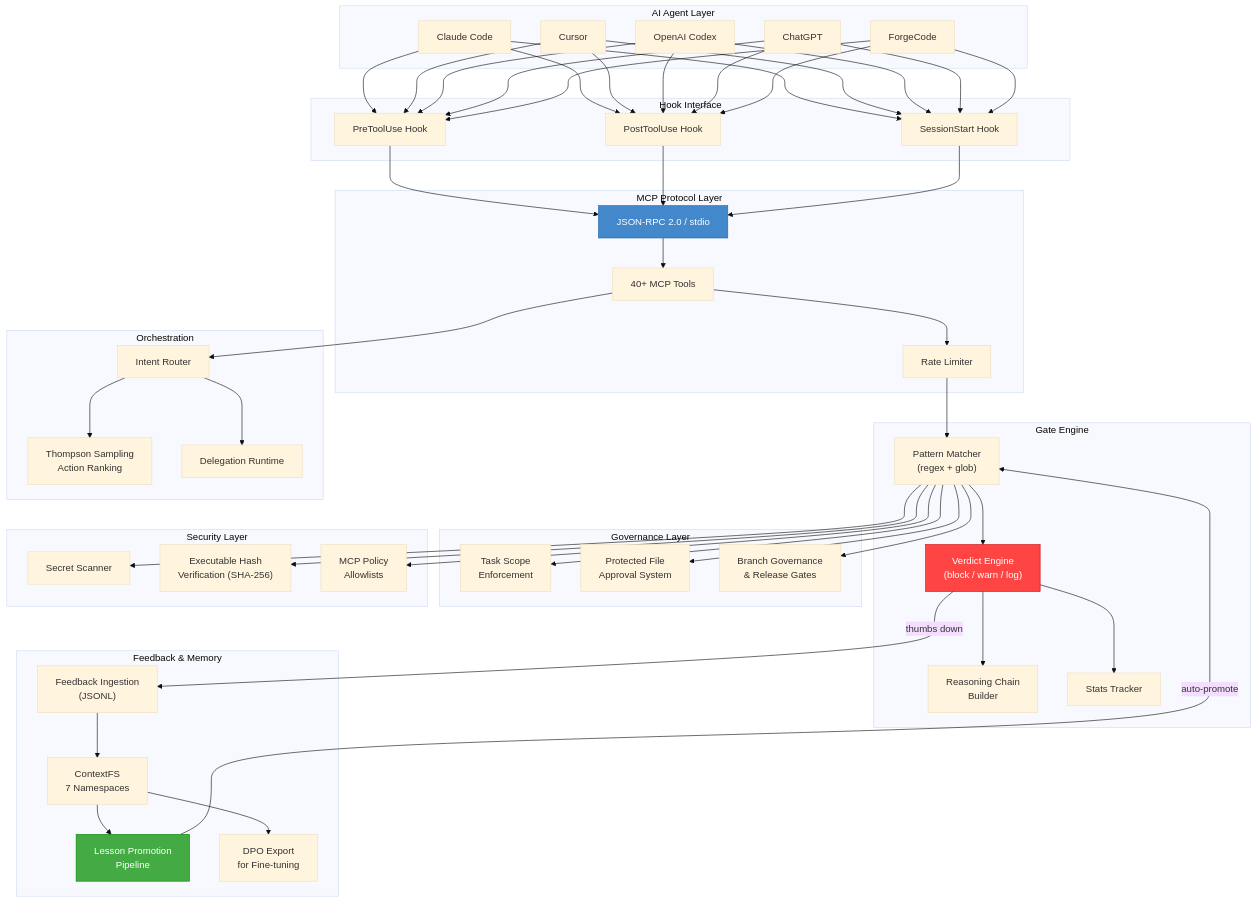
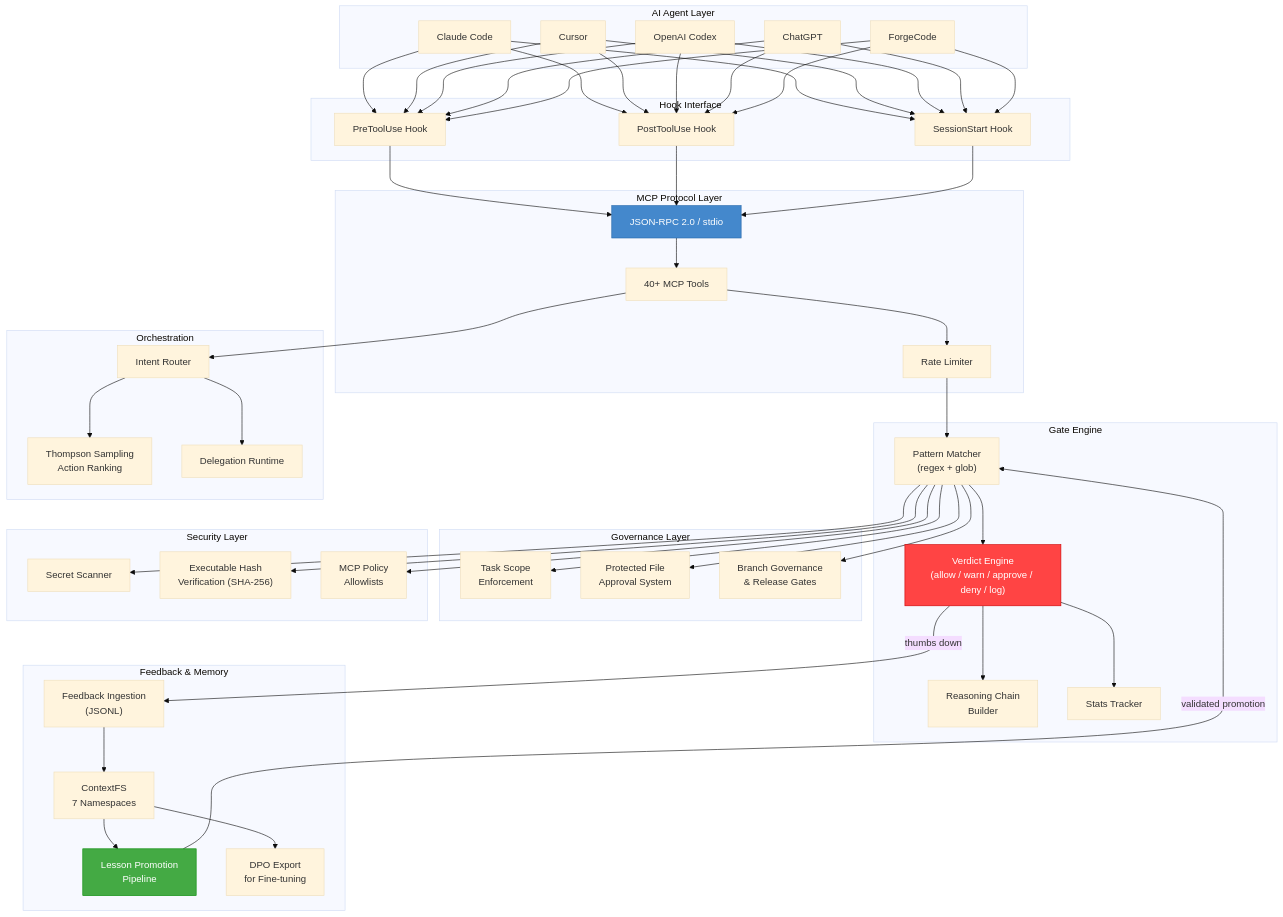
The diagram in docs/diagrams/thumbgate_architecture.mmd (IgorGanapolsky/ThumbGate), drawn with Mermaid (base theme) before and after one commit. The commit also changed 10 other files, not shown here.

Commit message:
docs(architecture): explain operational proof

```diff
--- a/docs/diagrams/thumbgate_architecture.mmd
+++ b/docs/diagrams/thumbgate_architecture.mmd
@@ -1,75 +1,75 @@
 graph TB
     subgraph "AI Agent Layer"
         A1["Claude Code"]
         A2["Cursor"]
         A3["OpenAI Codex"]
         A4["ChatGPT"]
         A5["ForgeCode"]
     end
 
     subgraph "Hook Interface"
         H1["PreToolUse Hook"]
         H2["PostToolUse Hook"]
         H3["SessionStart Hook"]
     end
 
     subgraph "MCP Protocol Layer"
         M1["JSON-RPC 2.0 / stdio"]
         M2["40+ MCP Tools"]
         M3["Rate Limiter"]
     end
 
     subgraph "Gate Engine"
         G1["Pattern Matcher\n(regex + glob)"]
-        G2["Verdict Engine\n(block / warn / log)"]
+        G2["Verdict Engine\n(allow / warn / approve / deny / log)"]
         G3["Reasoning Chain\nBuilder"]
         G4["Stats Tracker"]
     end
 
     subgraph "Governance Layer"
         GOV1["Task Scope\nEnforcement"]
         GOV2["Protected File\nApproval System"]
         GOV3["Branch Governance\n& Release Gates"]
     end
 
     subgraph "Security Layer"
         S1["Secret Scanner"]
         S2["Executable Hash\nVerification (SHA-256)"]
         S3["MCP Policy\nAllowlists"]
     end
 
     subgraph "Feedback & Memory"
         F1["Feedback Ingestion\n(JSONL)"]
         F2["ContextFS\n7 Namespaces"]
         F3["Lesson Promotion\nPipeline"]
         F4["DPO Export\nfor Fine-tuning"]
     end
 
     subgraph "Orchestration"
         O1["Intent Router"]
         O2["Thompson Sampling\nAction Ranking"]
         O3["Delegation Runtime"]
     end
 
     A1 & A2 & A3 & A4 & A5 --> H1 & H2 & H3
     H1 & H2 & H3 --> M1
     M1 --> M2
     M2 --> M3
     M3 --> G1
     G1 --> G2
     G2 --> G3
     G2 --> G4
     G1 --> GOV1 & GOV2 & GOV3
     G1 --> S1 & S2 & S3
     G2 -->|"thumbs down"| F1
     F1 --> F2
     F2 --> F3
-    F3 -->|"auto-promote"| G1
+    F3 -->|"validated promotion"| G1
     F2 --> F4
     M2 --> O1
     O1 --> O2
     O1 --> O3
 
     style G2 fill:#ff4444,stroke:#cc0000,color:#fff
     style F3 fill:#44aa44,stroke:#008800,color:#fff
     style M1 fill:#4488cc,stroke:#2266aa,color:#fff
```
